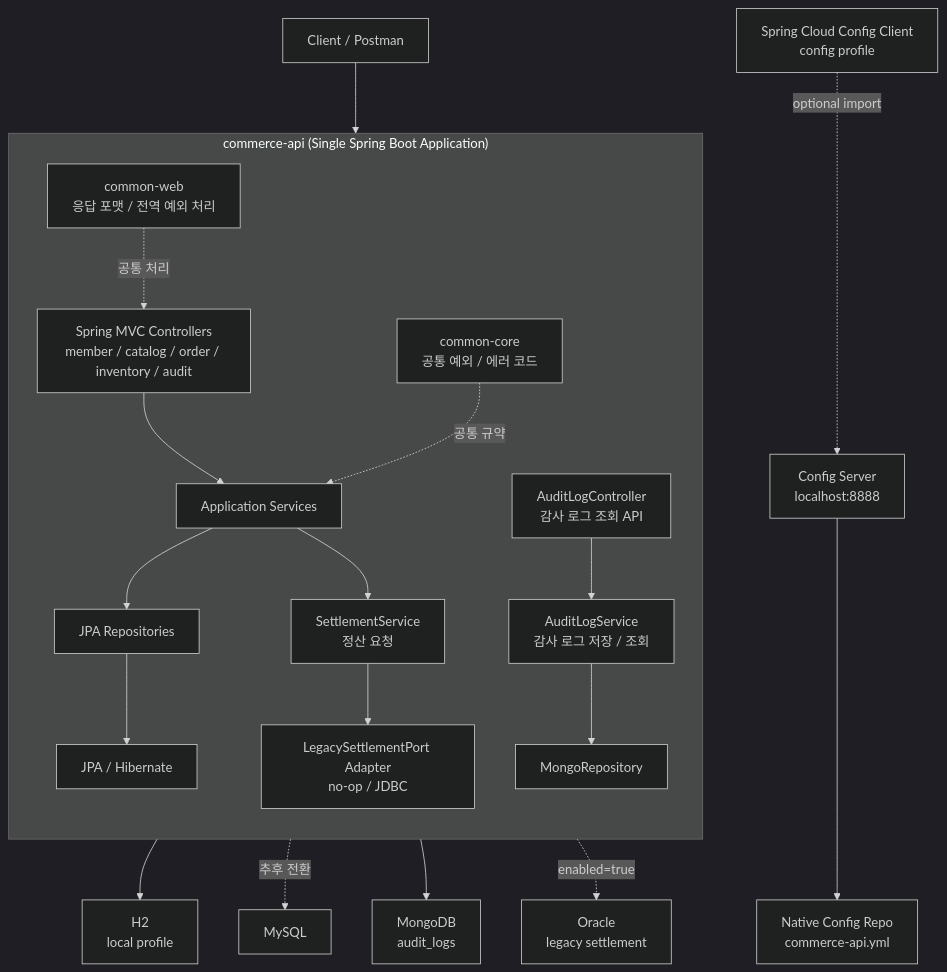
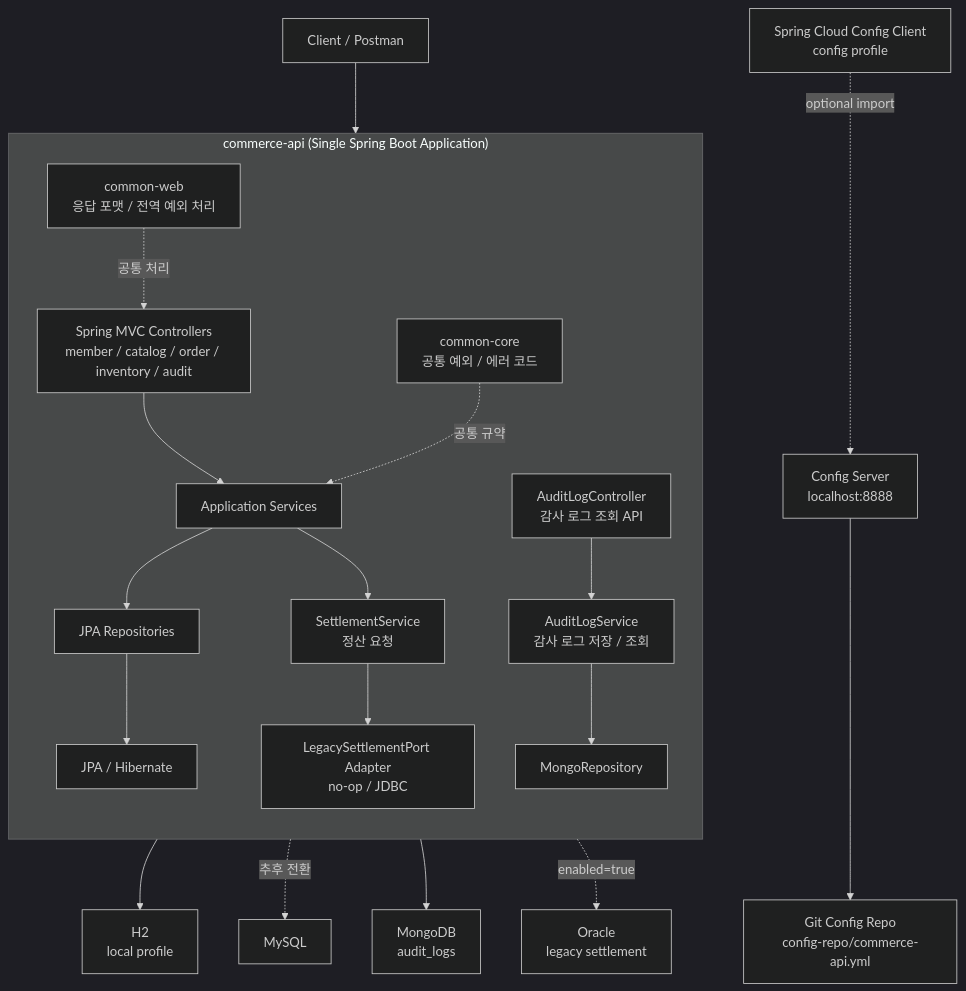
One commit to dongyongChoi/toy-commerce-platform changed the second of 6 diagrams in README.md. Above: the diagram before and after it, drawn with Mermaid (dark theme). The commit also changed other lines of this file and 10 other files, not shown here.

Commit message:
feat: Config Server Git 백엔드와 수동 refresh 지원

````diff
--- a/README.md
+++ b/README.md
@@ -66,41 +66,41 @@
 ```mermaid
 flowchart TD
     Client["Client / Postman"] --> APP
 
     subgraph APP["commerce-api (Single Spring Boot Application)"]
         direction TD
 
         Controller["Spring MVC Controllers<br/>member / catalog / order / inventory / audit"]
         Service["Application Services"]
         Repository["JPA Repositories"]
         ORM["JPA / Hibernate"]
         AuditController["AuditLogController<br/>감사 로그 조회 API"]
         AuditService["AuditLogService<br/>감사 로그 저장 / 조회"]
         MongoRepository["MongoRepository"]
         SettlementService["SettlementService<br/>정산 요청"]
         LegacySettlementAdapter["LegacySettlementPort Adapter<br/>no-op / JDBC"]
 
         Controller --> Service
         Service --> Repository
         Repository --> ORM
         AuditController --> AuditService
         AuditService --> MongoRepository
         Service --> SettlementService
         SettlementService --> LegacySettlementAdapter
 
         CommonWeb["common-web<br/>응답 포맷 / 전역 예외 처리"]
         CommonCore["common-core<br/>공통 예외 / 에러 코드"]
 
         CommonWeb -. 공통 처리 .-> Controller
         CommonCore -. 공통 규약 .-> Service
     end
 
     ORM --> H2["H2<br/>local profile"]
     ORM -. 추후 전환 .-> MySQL["MySQL"]
     MongoRepository --> MongoDB["MongoDB<br/>audit_logs"]
     LegacySettlementAdapter -. enabled=true .-> Oracle["Oracle<br/>legacy settlement"]
 
     ConfigClient["Spring Cloud Config Client<br/>config profile"]
     ConfigClient -. optional import .-> ConfigServer["Config Server<br/>localhost:8888"]
-    ConfigServer --> ConfigRepo["Native Config Repo<br/>commerce-api.yml"]
+    ConfigServer --> ConfigRepo["Git Config Repo<br/>config-repo/commerce-api.yml"]
 ```
````
